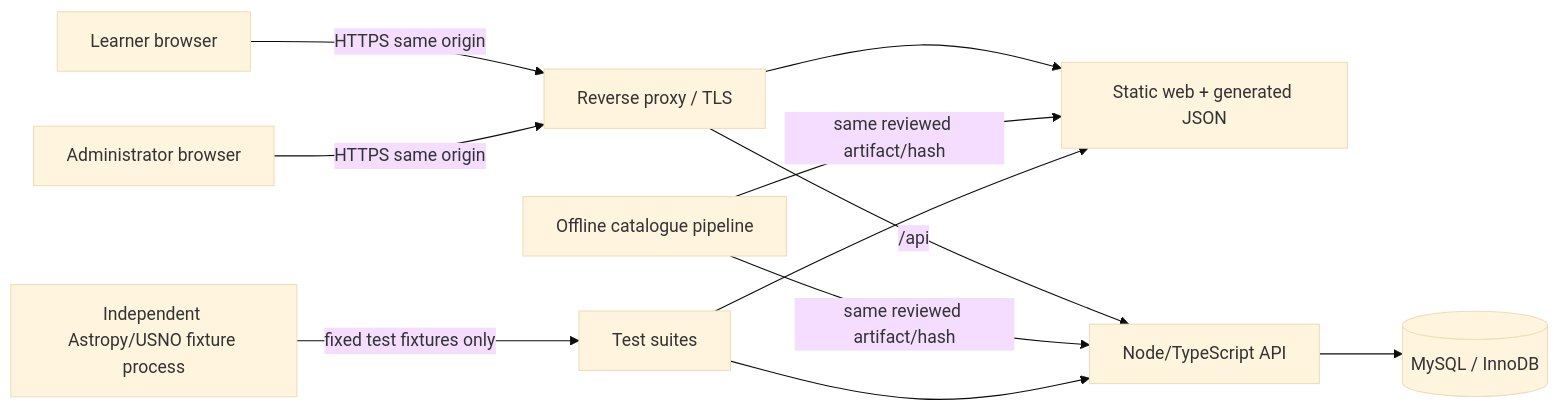
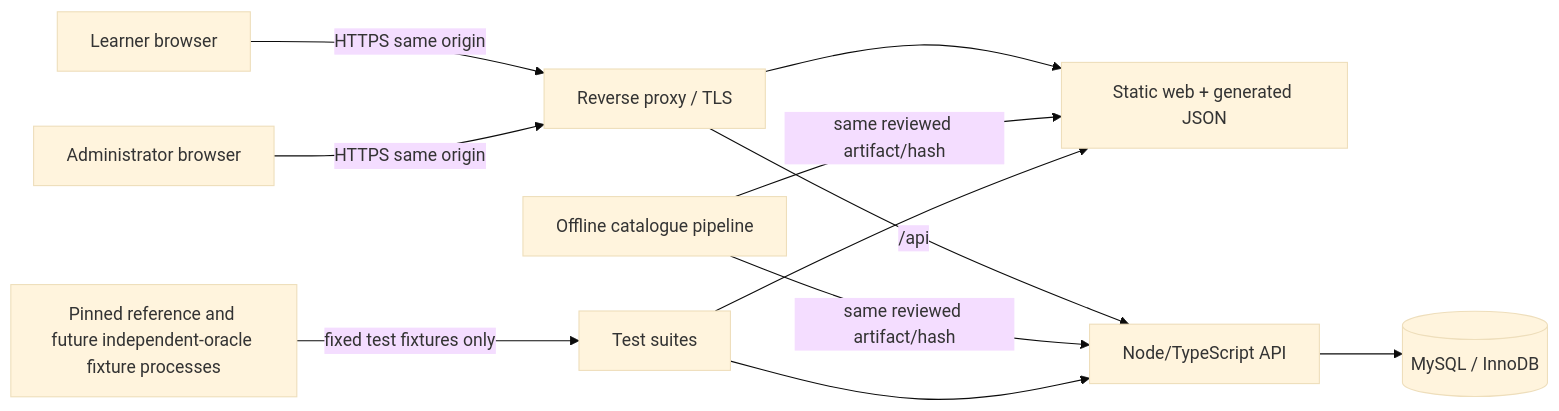
Before and after one commit to Banaf3/UFUQ: the second of 4 diagrams in docs/ARCHITECTURE.md, drawn with Mermaid (base theme). The commit also changed other lines of this file and 19 other files, not shown here.

````diff
--- a/docs/ARCHITECTURE.md
+++ b/docs/ARCHITECTURE.md
@@ -120,13 +121,13 @@
 ```mermaid
 flowchart LR
   L[Learner browser] -->|HTTPS same origin| RP[Reverse proxy / TLS]
   A[Administrator browser] -->|HTTPS same origin| RP
   RP --> WEB[Static web + generated JSON]
   RP -->|/api| API[Node/TypeScript API]
   API --> DB[(MySQL / InnoDB)]
   PIPE[Offline catalogue pipeline] -->|same reviewed artifact/hash| WEB
   PIPE -->|same reviewed artifact/hash| API
-  ORACLE[Independent Astropy/USNO fixture process] -->|fixed test fixtures only| TESTS[Test suites]
+  ORACLE[Pinned reference and future independent-oracle fixture processes] -->|fixed test fixtures only| TESTS[Test suites]
   TESTS --> WEB
   TESTS --> API
 ```
````
